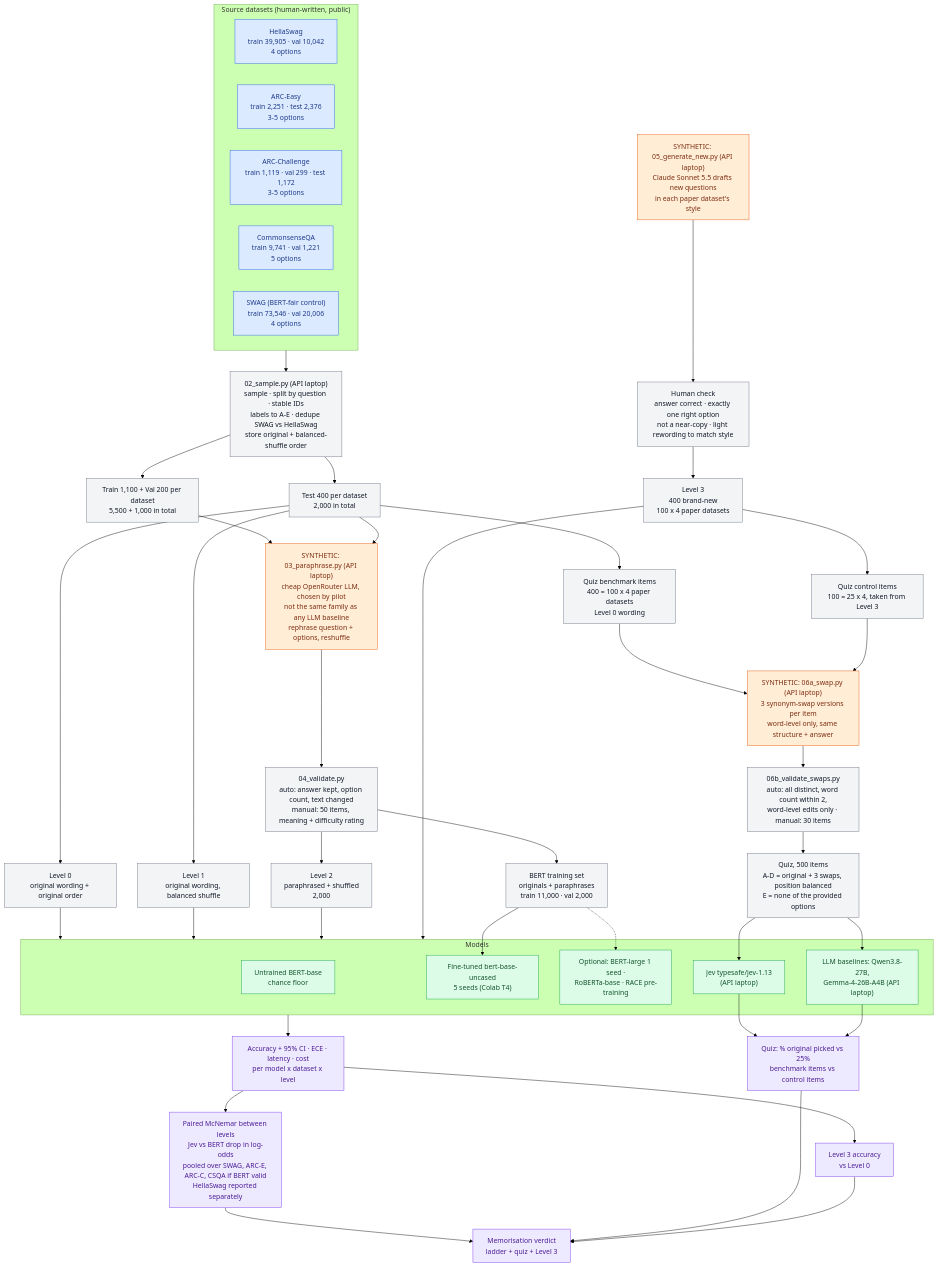
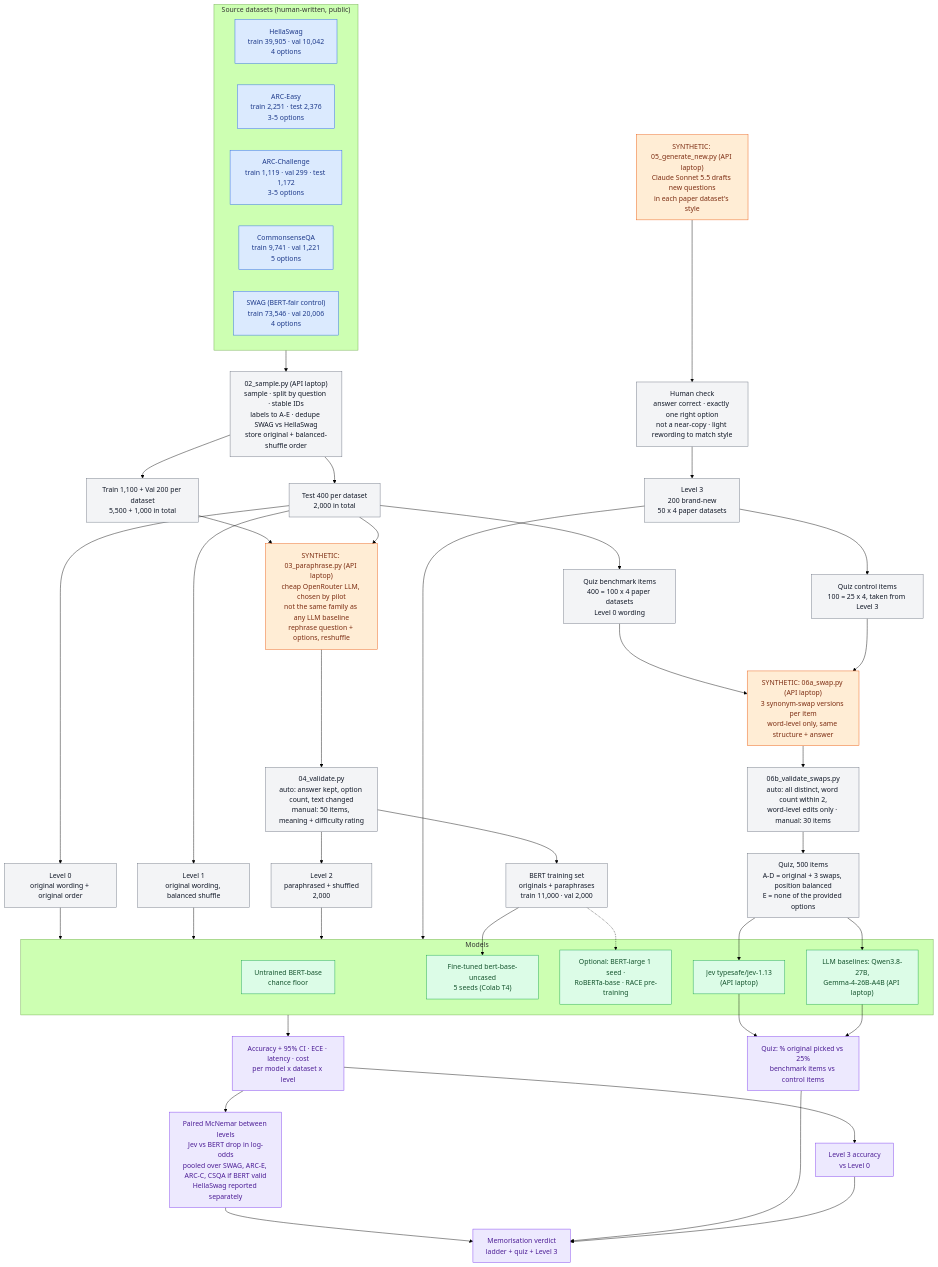
Before and after one commit to am3lia-low/jev-project: the diagram in docs/PLAN.md, drawn with Mermaid (forest theme). The commit also changed other lines of this file and 10 other files, not shown here.

````diff
--- a/docs/PLAN.md
+++ b/docs/PLAN.md
@@ -51,79 +51,79 @@
 ```mermaid
 flowchart TD
     %% ---------- Source datasets (human-written) ----------
     subgraph SRC["Source datasets (human-written, public)"]
         HS["HellaSwag<br/>train 39,905 · val 10,042<br/>4 options"]
         AE["ARC-Easy<br/>train 2,251 · test 2,376<br/>3-5 options"]
         AC["ARC-Challenge<br/>train 1,119 · val 299 · test 1,172<br/>3-5 options"]
         CQ["CommonsenseQA<br/>train 9,741 · val 1,221<br/>5 options"]
         SW["SWAG (BERT-fair control)<br/>train 73,546 · val 20,006<br/>4 options"]
     end
 
     %% ---------- Sampling (scripted) ----------
     SRC --> SAMPLE["02_sample.py (API laptop)<br/>sample · split by question · stable IDs<br/>labels to A-E · dedupe SWAG vs HellaSwag<br/>store original + balanced-shuffle order"]
     SAMPLE --> TRV["Train 1,100 + Val 200 per dataset<br/>5,500 + 1,000 in total"]
     SAMPLE --> TEST["Test 400 per dataset<br/>2,000 in total"]
 
     %% ---------- Levels 0 and 1 (scripted) ----------
     TEST --> L0["Level 0<br/>original wording + original order"]
     TEST --> L1["Level 1<br/>original wording, balanced shuffle"]
 
     %% ---------- Synthetic: paraphrases ----------
     TRV --> PARA["SYNTHETIC: 03_paraphrase.py (API laptop)<br/>cheap OpenRouter LLM, chosen by pilot<br/>not the same family as any LLM baseline<br/>rephrase question + options, reshuffle"]
     TEST --> PARA
     PARA --> VPARA["04_validate.py<br/>auto: answer kept, option count, text changed<br/>manual: 50 items, meaning + difficulty rating"]
     VPARA --> L2["Level 2<br/>paraphrased + shuffled<br/>2,000"]
     VPARA --> TRAINSET["BERT training set<br/>originals + paraphrases<br/>train 11,000 · val 2,000"]
 
     %% ---------- Synthetic: brand-new questions ----------
     GEN["SYNTHETIC: 05_generate_new.py (API laptop)<br/>Claude Sonnet 5.5 drafts new questions<br/>in each paper dataset's style"] --> HNEW["Human check<br/>answer correct · exactly one right option<br/>not a near-copy · light rewording to match style"]
-    HNEW --> L3["Level 3<br/>400 brand-new<br/>100 x 4 paper datasets"]
+    HNEW --> L3["Level 3<br/>200 brand-new<br/>50 x 4 paper datasets"]
 
     %% ---------- Synthetic: memorisation quiz ----------
     TEST --> QSEL["Quiz benchmark items<br/>400 = 100 x 4 paper datasets<br/>Level 0 wording"]
     L3 --> QCTRL["Quiz control items<br/>100 = 25 x 4, taken from Level 3"]
     QSEL --> SWAP["SYNTHETIC: 06a_swap.py (API laptop)<br/>3 synonym-swap versions per item<br/>word-level only, same structure + answer"]
     QCTRL --> SWAP
     SWAP --> VSWAP["06b_validate_swaps.py<br/>auto: all distinct, word count within 2,<br/>word-level edits only · manual: 30 items"]
     VSWAP --> QUIZ["Quiz, 500 items<br/>A-D = original + 3 swaps, position balanced<br/>E = none of the provided options"]
 
     %% ---------- Models ----------
     subgraph MODELS["Models"]
         BERTU["Untrained BERT-base<br/>chance floor"]
         BERTFT["Fine-tuned bert-base-uncased<br/>5 seeds (Colab T4)"]
         OPT["Optional: BERT-large 1 seed ·<br/>RoBERTa-base · RACE pre-training"]
         JEV["Jev typesafe/jev-1.13<br/>(API laptop)"]
         LLM["LLM baselines: Qwen3.8-27B,<br/>Gemma-4-26B-A4B (API laptop)"]
     end
     TRAINSET --> BERTFT
     TRAINSET -.-> OPT
 
     L0 --> MODELS
     L1 --> MODELS
     L2 --> MODELS
     L3 --> MODELS
     QUIZ --> JEV
     QUIZ --> LLM
 
     %% ---------- Results ----------
     MODELS --> R1["Accuracy + 95% CI · ECE · latency · cost<br/>per model x dataset x level"]
     R1 --> R2["Paired McNemar between levels<br/>Jev vs BERT drop in log-odds<br/>pooled over SWAG, ARC-E, ARC-C, CSQA if BERT valid<br/>HellaSwag reported separately"]
     JEV --> R3["Quiz: % original picked vs 25%<br/>benchmark items vs control items"]
     LLM --> R3
     R1 --> R4["Level 3 accuracy<br/>vs Level 0"]
     R2 --> FINAL["Memorisation verdict<br/>ladder + quiz + Level 3"]
     R3 --> FINAL
     R4 --> FINAL
 
     %% ---------- Styles ----------
     classDef human fill:#dbeafe,stroke:#2563eb,color:#1e3a8a
     classDef synth fill:#ffedd5,stroke:#ea580c,color:#7c2d12
     classDef script fill:#f3f4f6,stroke:#6b7280,color:#111827
     classDef model fill:#dcfce7,stroke:#16a34a,color:#14532d
     classDef result fill:#ede9fe,stroke:#7c3aed,color:#4c1d95
     class HS,AE,AC,CQ,SW human
     class PARA,GEN,SWAP synth
     class SAMPLE,TRV,TEST,L0,L1,L2,L3,TRAINSET,VPARA,HNEW,QSEL,QCTRL,VSWAP,QUIZ script
     class BERTU,BERTFT,OPT,JEV,LLM model
     class R1,R2,R3,R4,FINAL result
 ```
````
